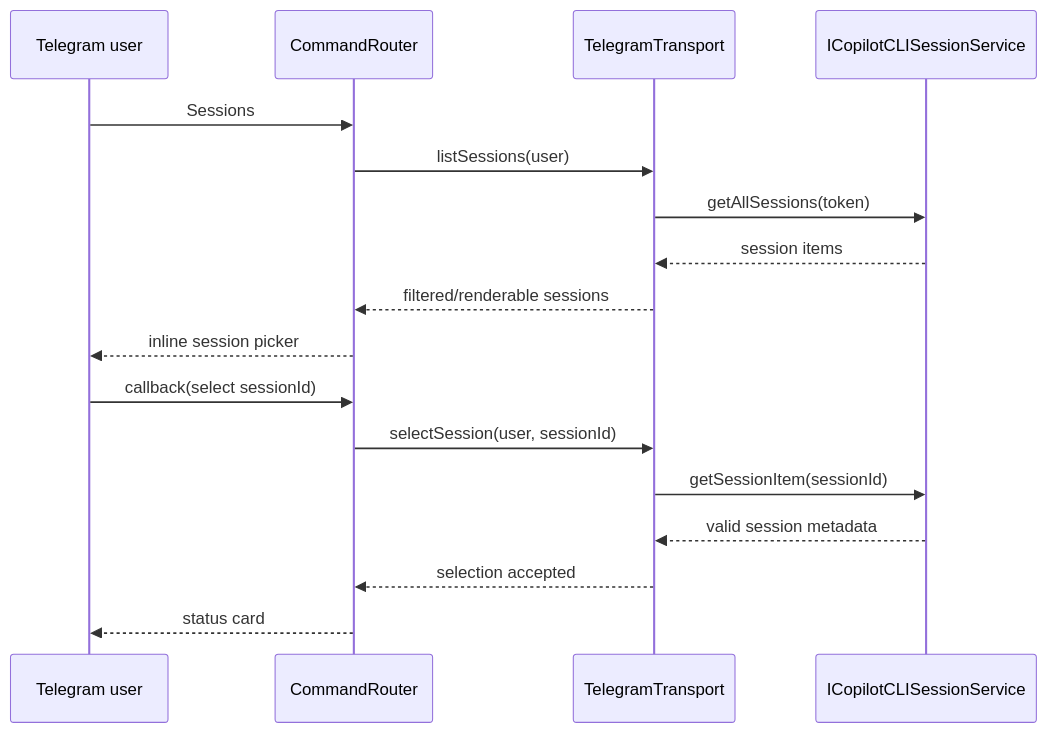
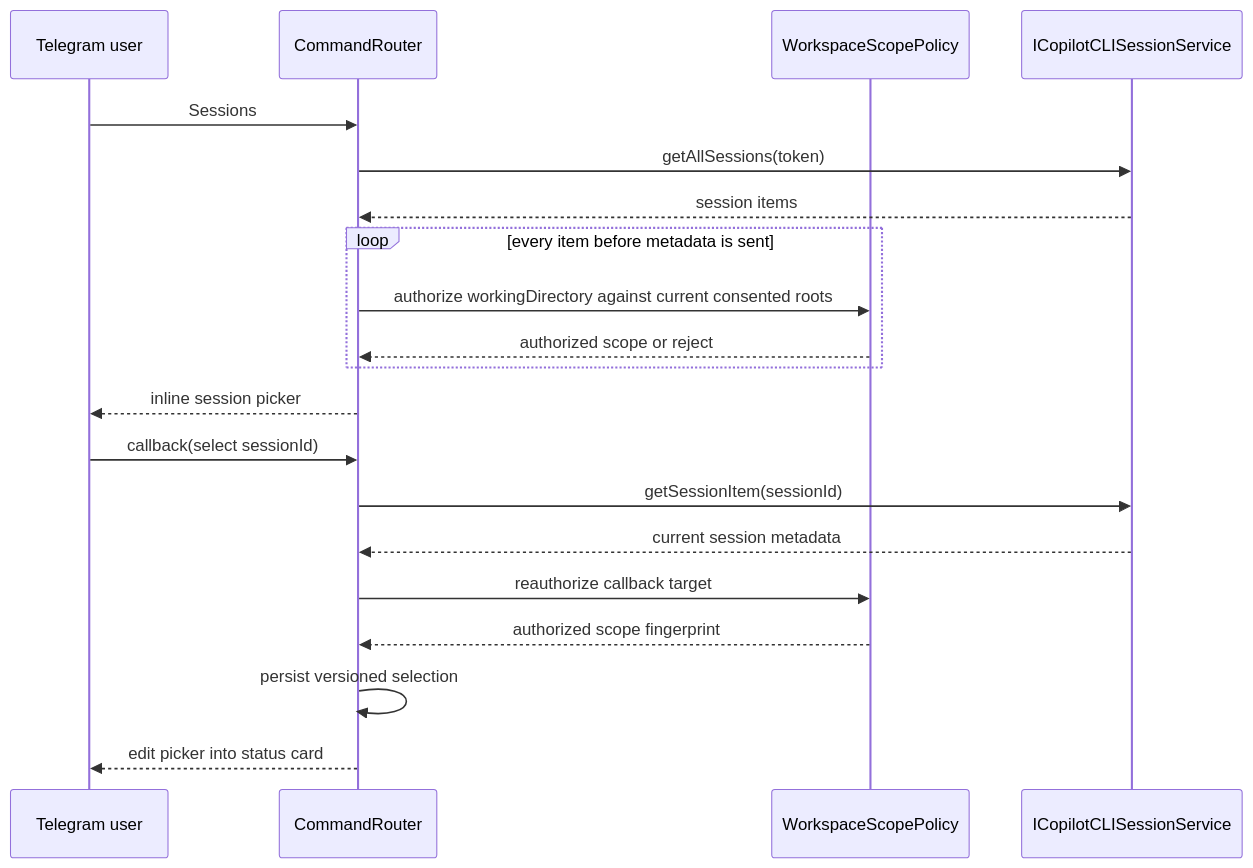
The fifth of 16 diagrams in extensions/copilot/docs/telegram-remote/CALL_FLOWS.md (SachiHarshitha/vscode-telegram), drawn with Mermaid before and after one commit. The commit also changed other lines of this file and 52 other files, not shown here.

````diff
--- a/extensions/copilot/docs/telegram-remote/CALL_FLOWS.md
+++ b/extensions/copilot/docs/telegram-remote/CALL_FLOWS.md
@@ -81,20 +129,23 @@
 ```mermaid
 sequenceDiagram
     participant T as Telegram user
     participant R as CommandRouter
-    participant C as TelegramTransport
+    participant A as WorkspaceScopePolicy
     participant S as ICopilotCLISessionService
 
     T->>R: Sessions
-    R->>C: listSessions(user)
-    C->>S: getAllSessions(token)
-    S-->>C: session items
-    C-->>R: filtered/renderable sessions
+    R->>S: getAllSessions(token)
+    S-->>R: session items
+    loop every item before metadata is sent
+        R->>A: authorize workingDirectory against current consented roots
+        A-->>R: authorized scope or reject
+    end
     R-->>T: inline session picker
     T->>R: callback(select sessionId)
-    R->>C: selectSession(user, sessionId)
-    C->>S: getSessionItem(sessionId)
-    S-->>C: valid session metadata
-    C-->>R: selection accepted
-    R-->>T: status card
+    R->>S: getSessionItem(sessionId)
+    S-->>R: current session metadata
+    R->>A: reauthorize callback target
+    A-->>R: authorized scope fingerprint
+    R->>R: persist versioned selection
+    R-->>T: edit picker into status card
 ```
````
